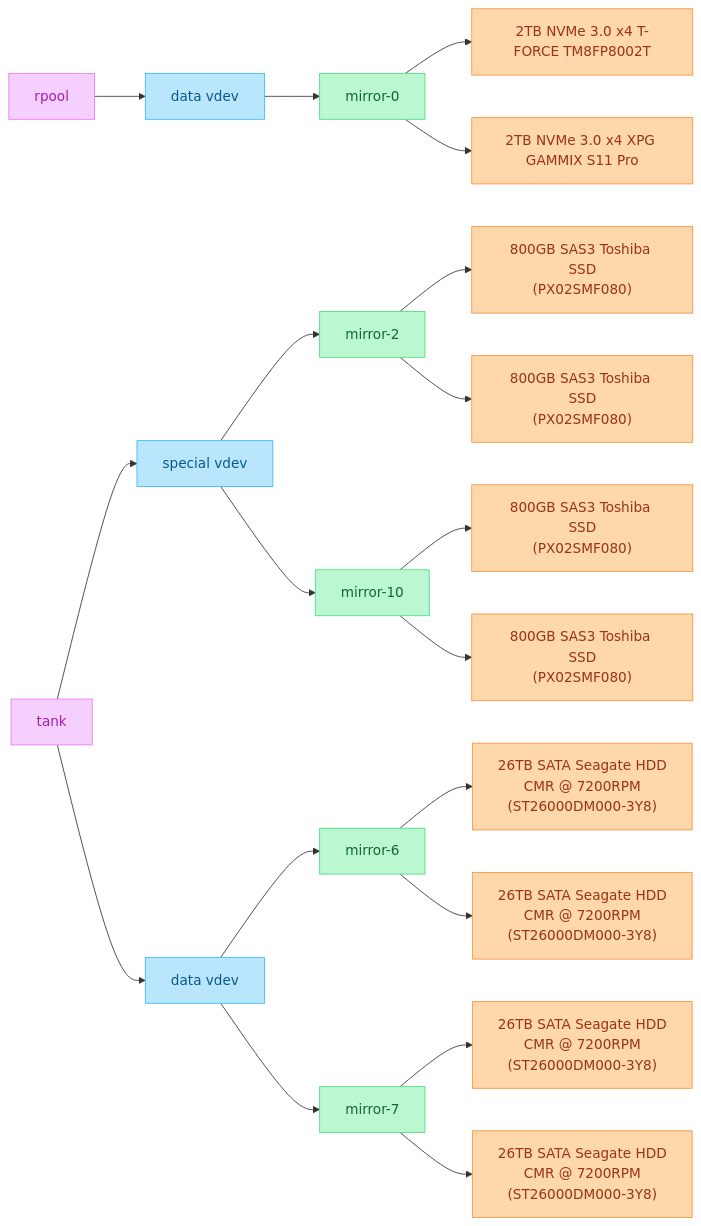
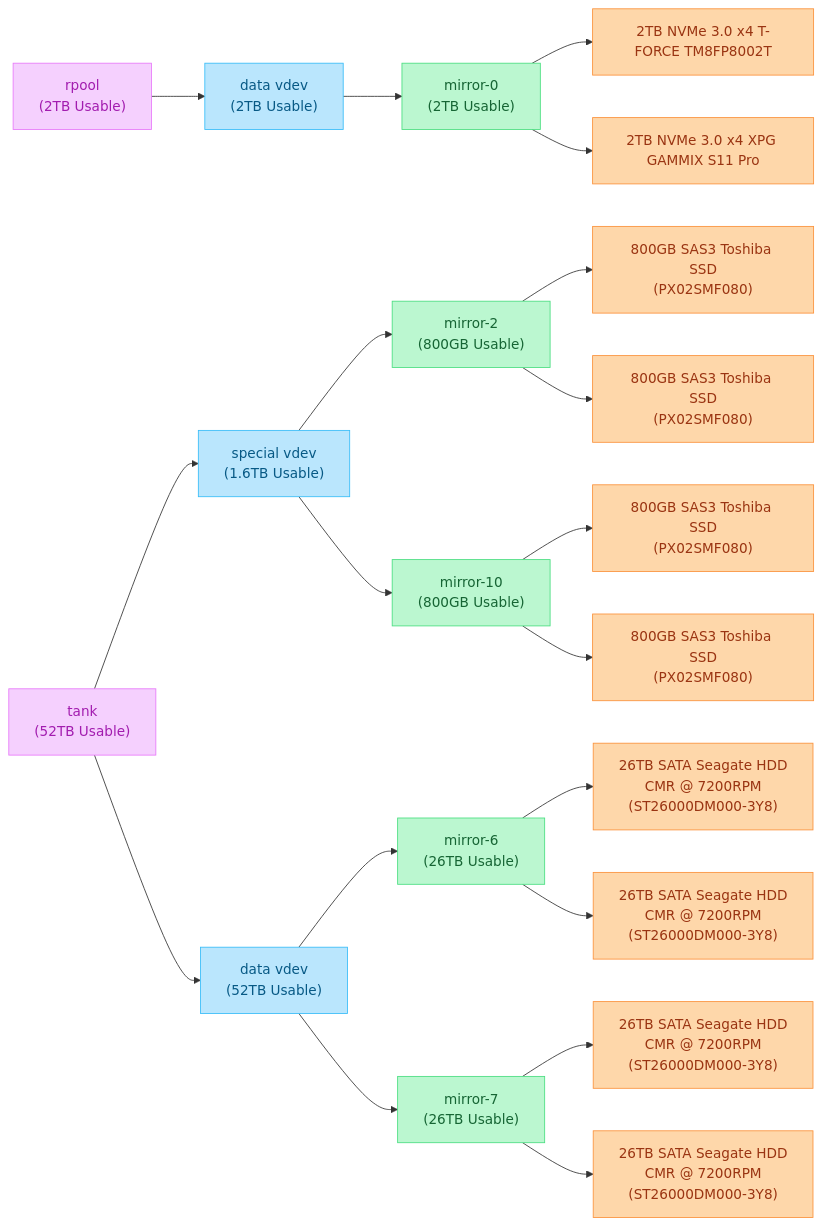
Before and after one commit to danterazo/docker-configs: the first of 3 diagrams in README.md, drawn with Mermaid. The commit also changed other lines of this file, not shown here.

Commit message:
Accumulative usable storage

````diff
--- a/README.md
+++ b/README.md
@@ -13,34 +13,34 @@
 ```mermaid
 flowchart LR
-    rpool --> rpool_data["data vdev"]
-    rpool_data --> rpool_mirror["mirror-0"]
+    rpool["rpool<br>(2TB Usable)"] --> rpool_data["data vdev<br>(2TB Usable)"]
+    rpool_data --> rpool_mirror["mirror-0<br>(2TB Usable)"]
     rpool_mirror --> rpool_ssd1["2TB NVMe 3.0 x4 T-FORCE TM8FP8002T"]
     rpool_mirror --> rpool_ssd2["2TB NVMe 3.0 x4 XPG GAMMIX S11 Pro"]
 
-    tank --> special["special vdev"]
-    tank --> data["data vdev"]
+    tank["tank<br>(52TB Usable)"] --> special["special vdev<br>(1.6TB Usable)"]
+    tank --> data["data vdev<br>(52TB Usable)"]
 
-    special --> special_mirror0["mirror-2"]
-    special --> special_mirror1["mirror-10"]
+    special --> special_mirror0["mirror-2<br>(800GB Usable)"]
+    special --> special_mirror1["mirror-10<br>(800GB Usable)"]
     special_mirror0 --> special_ssd1["800GB SAS3 Toshiba SSD<br>(PX02SMF080)"]
     special_mirror0 --> special_ssd2["800GB SAS3 Toshiba SSD<br>(PX02SMF080)"]
     special_mirror1 --> special_ssd3["800GB SAS3 Toshiba SSD<br>(PX02SMF080)"]
     special_mirror1 --> special_ssd4["800GB SAS3 Toshiba SSD<br>(PX02SMF080)"]
 
-    data --> data_mirror0["mirror-6"]
-    data --> data_mirror1["mirror-7"]
+    data --> data_mirror0["mirror-6<br>(26TB Usable)"]
+    data --> data_mirror1["mirror-7<br>(26TB Usable)"]
     data_mirror0 --> data_hdd1["26TB SATA Seagate HDD<br>CMR @ 7200RPM<br>(ST26000DM000-3Y8)"]
     data_mirror0 --> data_hdd2["26TB SATA Seagate HDD<br>CMR @ 7200RPM<br>(ST26000DM000-3Y8)"]
     data_mirror1 --> data_hdd3["26TB SATA Seagate HDD<br>CMR @ 7200RPM<br>(ST26000DM000-3Y8)"]
     data_mirror1 --> data_hdd4["26TB SATA Seagate HDD<br>CMR @ 7200RPM<br>(ST26000DM000-3Y8)"]
 
     classDef pool fill:#f5d0fe,color:#a21caf,stroke:#e879f9
     classDef vdev fill:#bae6fd,color:#075985,stroke:#38bdf8
     classDef mirror fill:#bbf7d0,color:#166534,stroke:#4ade80
     classDef disk fill:#fed7aa,color:#9a3412,stroke:#fb923c
 
     class rpool,tank pool
     class rpool_data,special,data vdev
     class rpool_mirror,special_mirror0,special_mirror1,data_mirror0,data_mirror1 mirror
     class rpool_ssd1,rpool_ssd2,special_ssd1,special_ssd2,special_ssd3,special_ssd4,data_hdd1,data_hdd2,data_hdd3,data_hdd4 disk
 ```
````
